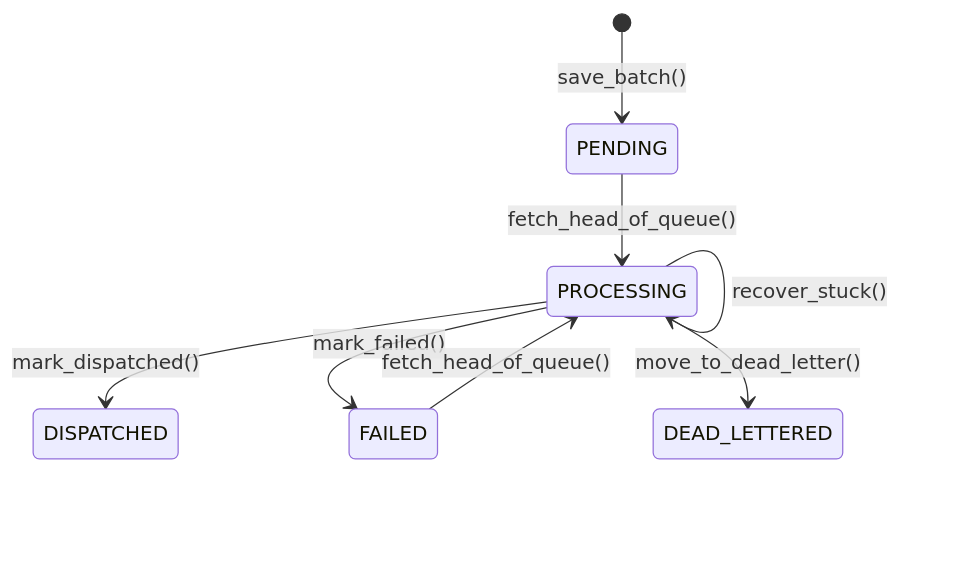
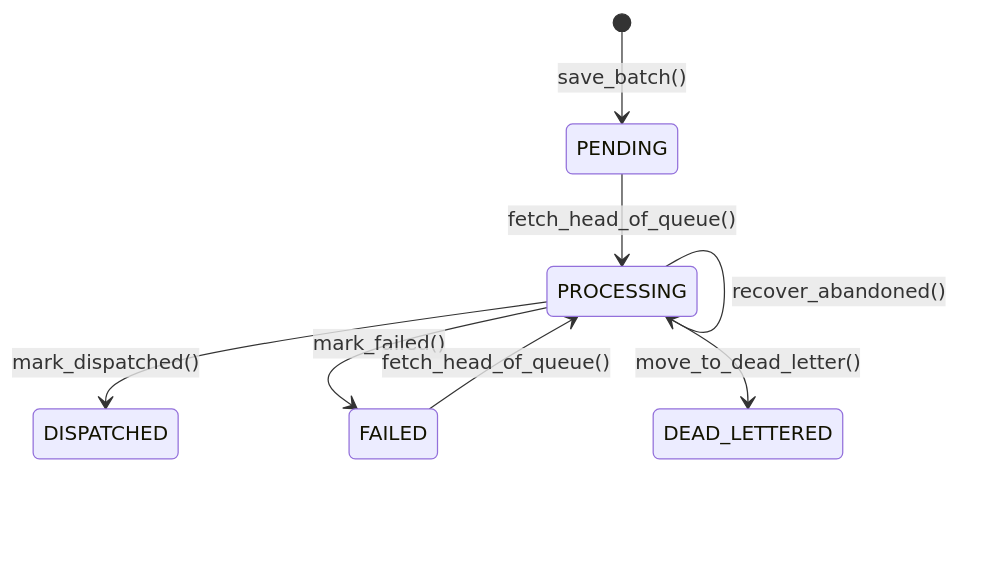
One commit to waku-py/waku changed the second of 2 diagrams in docs/features/messaging/outbox.md. Above: the diagram before and after it, drawn with Mermaid. The commit also changed other lines of this file and 65 other files, not shown here.

````diff
--- a/docs/features/messaging/outbox.md
+++ b/docs/features/messaging/outbox.md
@@ -156,10 +156,10 @@
 ```mermaid
 stateDiagram-v2
     [*] --> PENDING: save_batch()
     PENDING --> PROCESSING: fetch_head_of_queue()
     PROCESSING --> DISPATCHED: mark_dispatched()
     PROCESSING --> FAILED: mark_failed()
     FAILED --> PROCESSING: fetch_head_of_queue()
     PROCESSING --> DEAD_LETTERED: move_to_dead_letter()
-    PROCESSING --> PROCESSING: recover_stuck()
+    PROCESSING --> PROCESSING: recover_abandoned()
 ```
````
